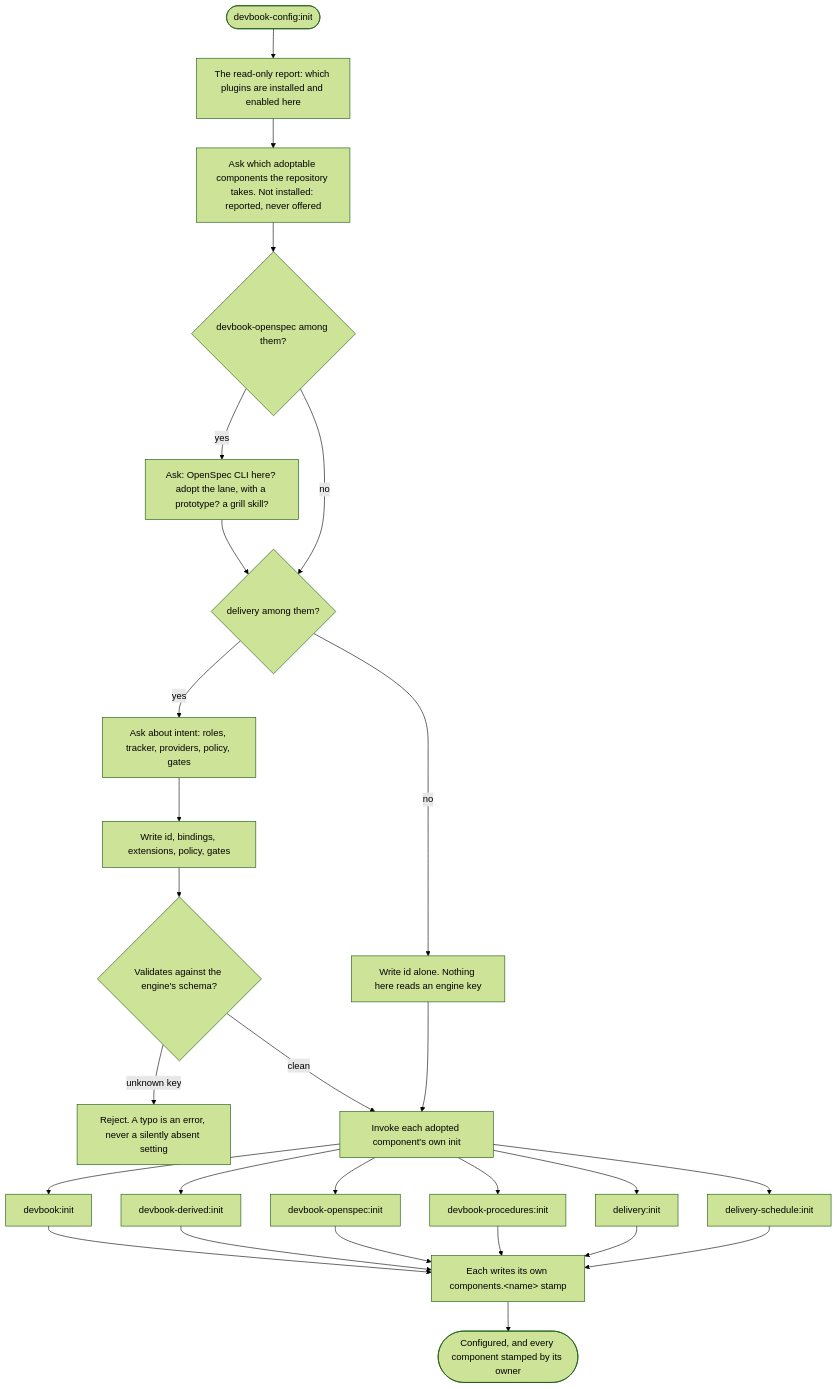
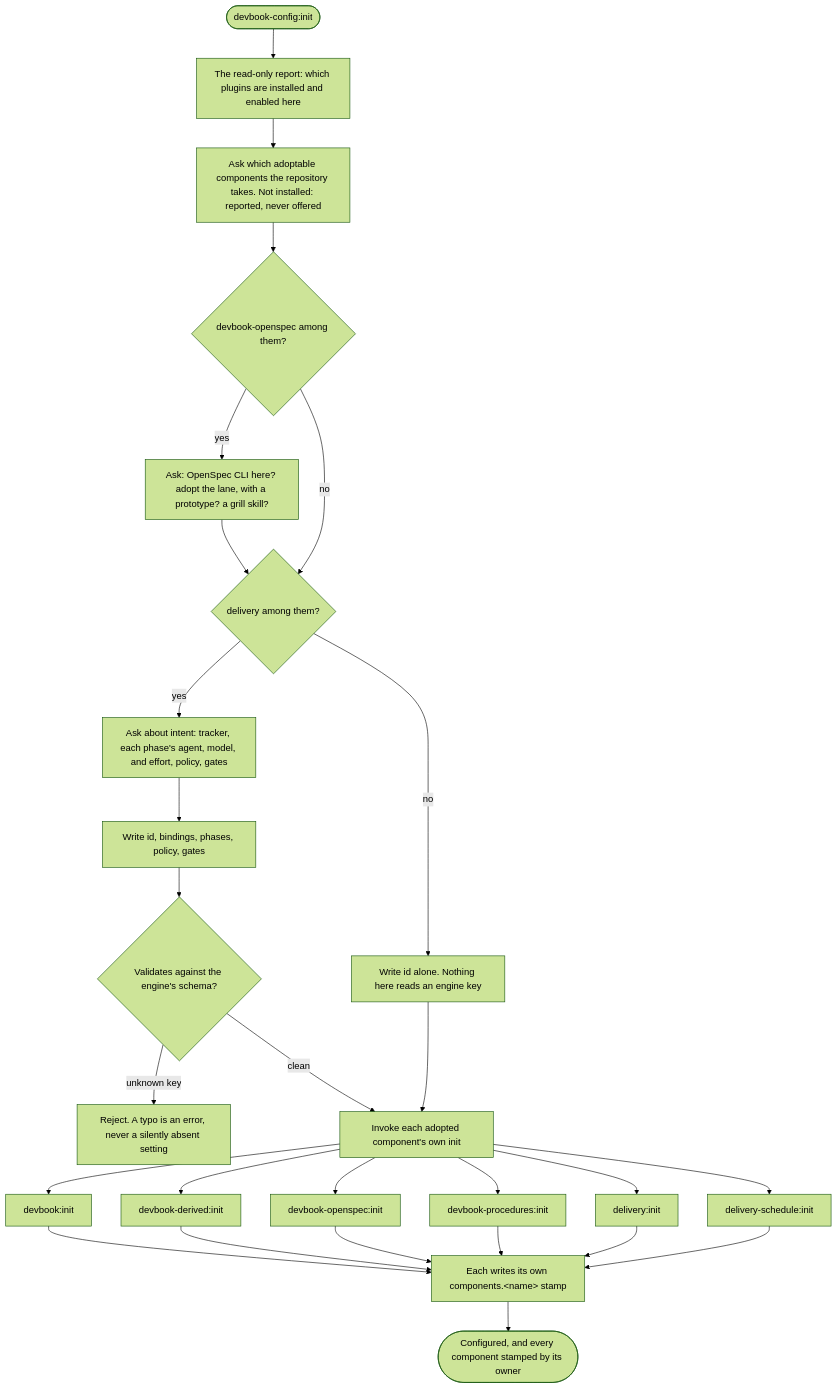
The second of 3 diagrams in .devbook/arc42/building-blocks/devbook-config.md (JSdotNet/ai-agent-stack), drawn with Mermaid (forest theme) before and after one commit. The commit also changed other lines of this file and 10 other files, not shown here.

First line of the commit message:
Record the per-phase delivery config decision

````diff
--- a/.devbook/arc42/building-blocks/devbook-config.md
+++ b/.devbook/arc42/building-blocks/devbook-config.md
@@ -432,29 +445,29 @@
 ```mermaid
 flowchart TD
     start(["devbook-config:init"]) --> report["The read-only report: which plugins are installed and enabled here"]
     report --> adopt["Ask which adoptable components the repository takes. Not installed: reported, never offered"]
     adopt --> lane{"devbook-openspec among them?"}
     lane -->|yes| laneAsk["Ask: OpenSpec CLI here? adopt the lane, with a prototype? a grill skill?"]
     laneAsk --> delivery{"delivery among them?"}
     lane -->|no| delivery
     delivery -->|no| idOnly["Write id alone. Nothing here reads an engine key"]
-    delivery -->|yes| intent["Ask about intent: roles, tracker, providers, policy, gates"]
-    intent --> keys["Write id, bindings, extensions, policy, gates"]
+    delivery -->|yes| intent["Ask about intent: tracker, each phase's agent, model, and effort, policy, gates"]
+    intent --> keys["Write id, bindings, phases, policy, gates"]
     keys --> validate{"Validates against the engine's schema?"}
     validate -->|"unknown key"| reject["Reject. A typo is an error, never a silently absent setting"]
     validate -->|clean| fanout["Invoke each adopted component's own init"]
     idOnly --> fanout
     fanout --> devbookInstall["devbook:init"]
     fanout --> derivedInstall["devbook-derived:init"]
     fanout --> openspecInstall["devbook-openspec:init"]
     fanout --> proceduresInstall["devbook-procedures:init"]
     fanout --> deliveryInstall["delivery:init"]
     fanout --> scheduleInstall["delivery-schedule:init"]
     devbookInstall --> stamps["Each writes its own components.&lt;name&gt; stamp"]
     derivedInstall --> stamps
     openspecInstall --> stamps
     proceduresInstall --> stamps
     deliveryInstall --> stamps
     scheduleInstall --> stamps
     stamps --> done(["Configured, and every component stamped by its owner"])
 ```
````
